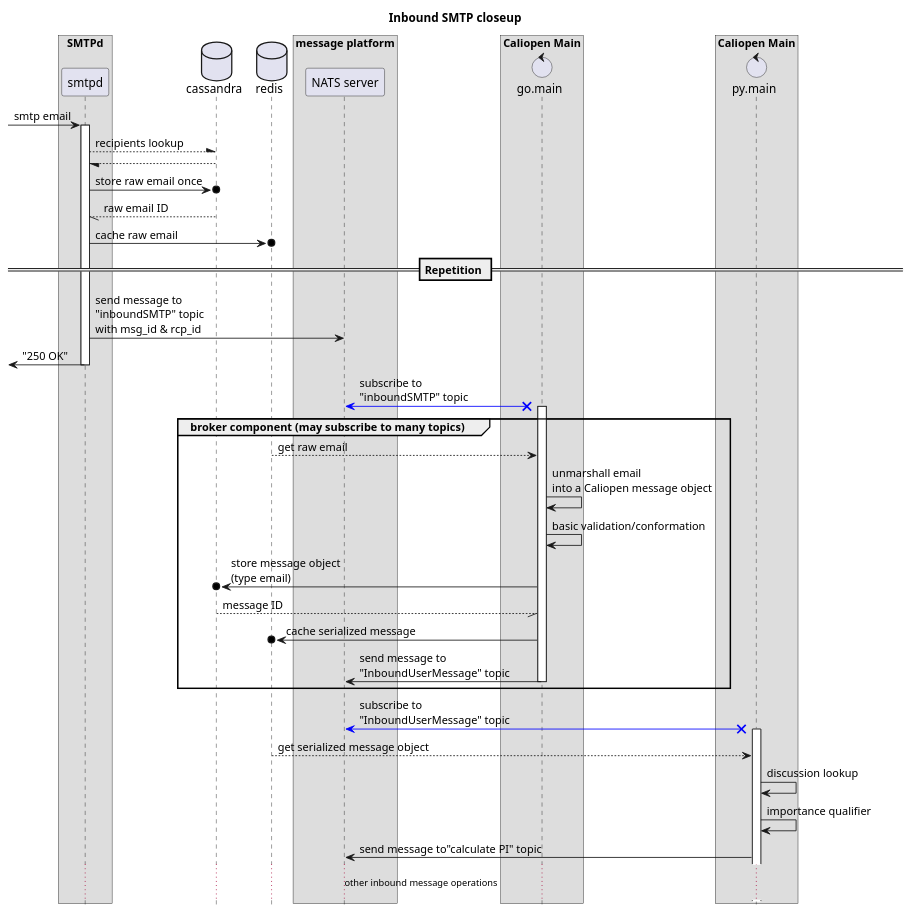
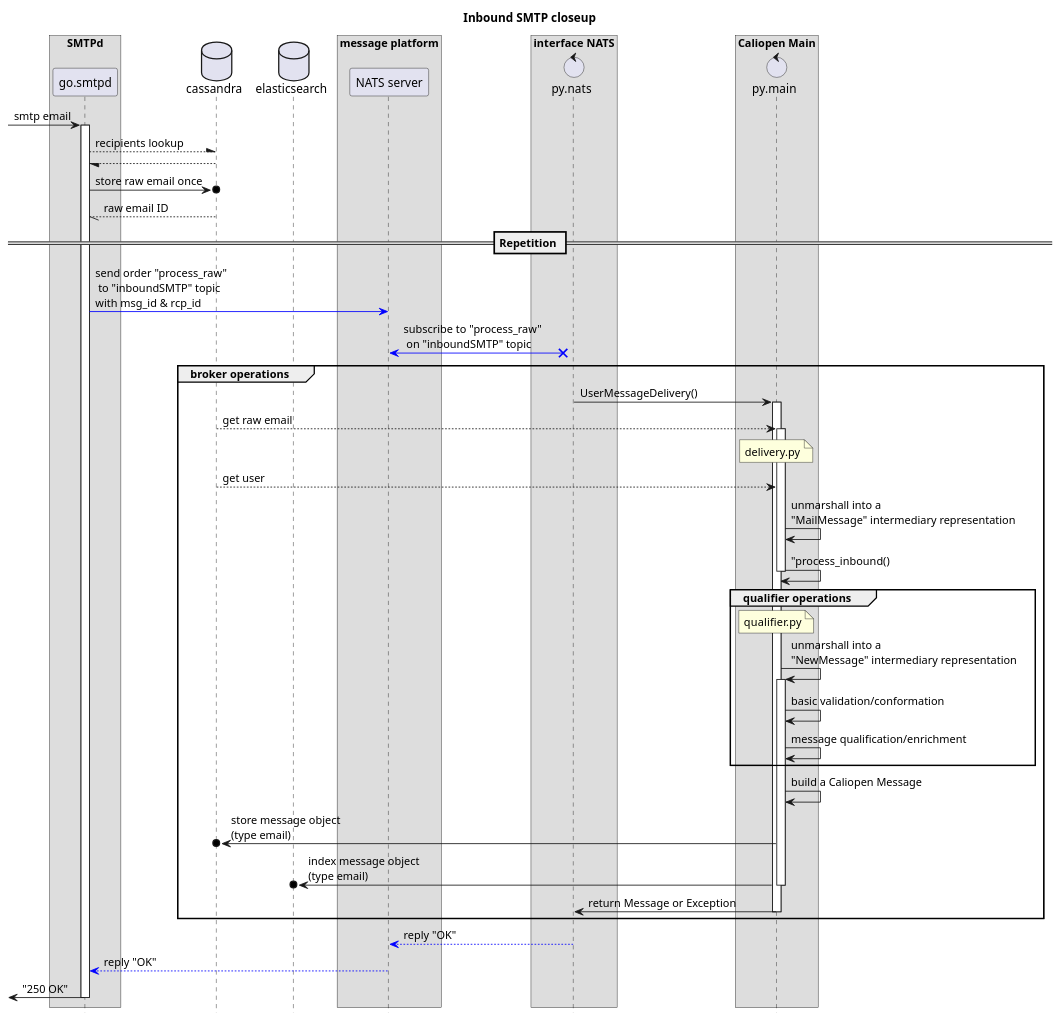
The diagram in doc/UML/smtp-delivery-inbound-closeup.puml (oricis/Caliopen), drawn with PlantUML before and after one commit.

Commit message:
Update UML file describing current inbound operations.

```diff
--- a/doc/UML/smtp-delivery-inbound-closeup.puml
+++ b/doc/UML/smtp-delivery-inbound-closeup.puml
@@ -1,49 +1,56 @@
 @startuml
 hide footbox
 title Inbound SMTP closeup
 box "SMTPd"
-participant "smtpd"
+participant "go.smtpd" as smtpd
 endbox
 database cassandra
-database redis
+database elasticsearch
 box "message platform"
 participant "NATS server" as nats
 endbox
-box "Caliopen Main"
-control "go.main" as gomain
+box "interface NATS"
+control "py.nats" as pynats
 endbox
 box "Caliopen Main"
 control "py.main" as pymain
 endbox
 box
 [-> smtpd: smtp email
 activate smtpd
 smtpd --\ cassandra: recipients lookup
 cassandra --/ smtpd
 smtpd ->o cassandra: store raw email once
 cassandra --// smtpd: raw email ID
-smtpd ->o redis: cache raw email
 == Repetition ==
-smtpd -> nats: send message to\n"inboundSMTP" topic\nwith msg_id & rcp_id
+smtpd -[#0000FF]> nats: send order "process_raw"\n to "inboundSMTP" topic\nwith msg_id & rcp_id
+pynats x[#0000FF]-> nats: subscribe to "process_raw"\n on "inboundSMTP" topic
+group broker operations
+pynats -> pymain: UserMessageDelivery()
+activate pymain
+cassandra --> pymain: get raw email
+activate pymain
+note over pymain: delivery.py
+cassandra --> pymain: get user
+pymain -> pymain: unmarshall into a\n"MailMessage" intermediary representation
+pymain -> pymain: "process_inbound()
+deactivate pymain
+group qualifier operations
+note over pymain: qualifier.py
+pymain -> pymain: unmarshall into a\n"NewMessage" intermediary representation
+activate pymain
+pymain -> pymain: basic validation/conformation
+pymain -> pymain: message qualification/enrichment
+end
+pymain -> pymain: build a Caliopen Message
+pymain ->o cassandra: store message object\n(type email)
+pymain ->o elasticsearch: index message object\n(type email)
+deactivate pymain
+pymain -> pynats: return Message or Exception
+deactivate pymain
+end
+pynats -[#0000FF]-> nats: reply "OK"
+nats -[#0000FF]-> smtpd: reply "OK"
 [<- smtpd: "250 OK"
 deactivate smtpd
-gomain x[#0000FF]-> nats: subscribe to \n"inboundSMTP" topic
-activate gomain
-group broker component (may subscribe to many topics)
-redis --> gomain: get raw email
-gomain -> gomain: unmarshall email\ninto a Caliopen message object
-gomain -> gomain: basic validation/conformation
-gomain ->o cassandra: store message object\n(type email)
-cassandra --// gomain: message ID
-gomain ->o redis: cache serialized message
-gomain -> nats: send message to\n"InboundUserMessage" topic
-deactivate gomain
-end
-pymain x[#0000FF]-> nats: subscribe to\n"InboundUserMessage" topic
-activate pymain
-redis --> pymain: get serialized message object
-pymain -> pymain: discussion lookup
-pymain -> pymain: importance qualifier
-pymain -> nats: send message to"calculate PI" topic
-... other inbound message operations ...
 @enduml
```
